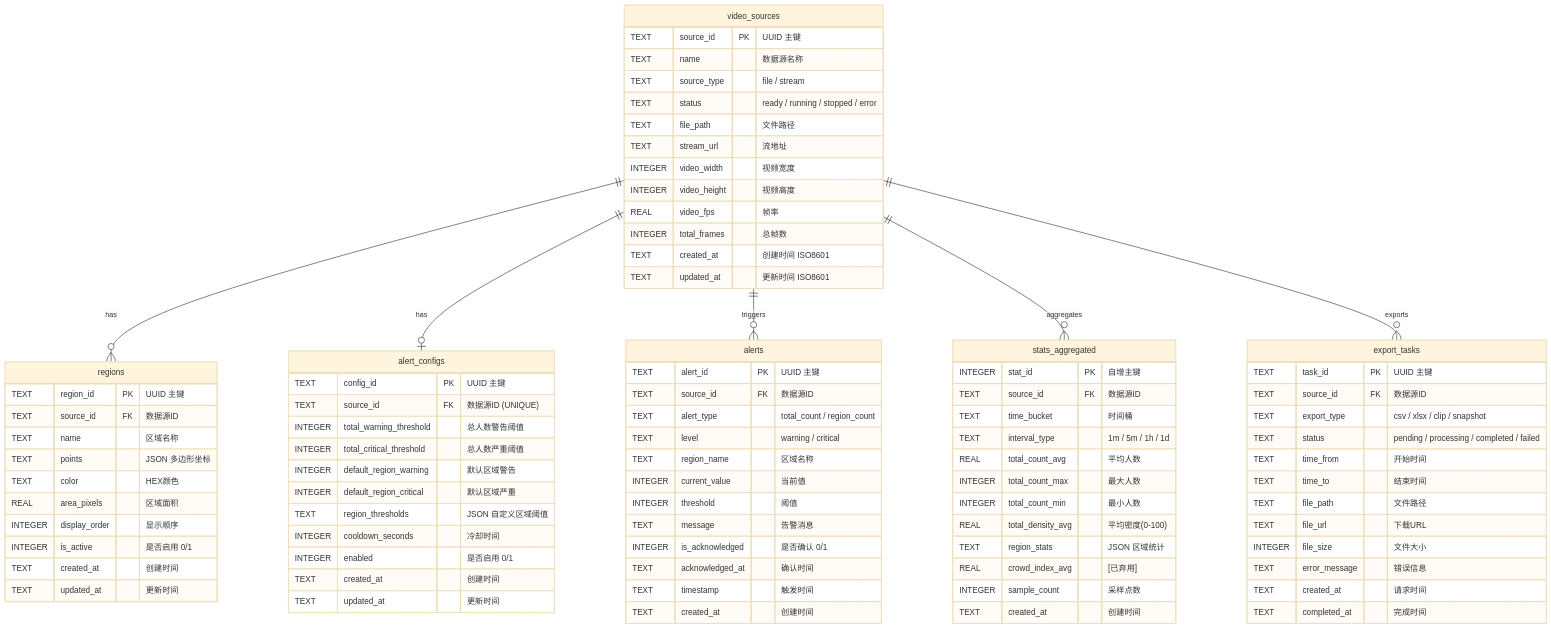
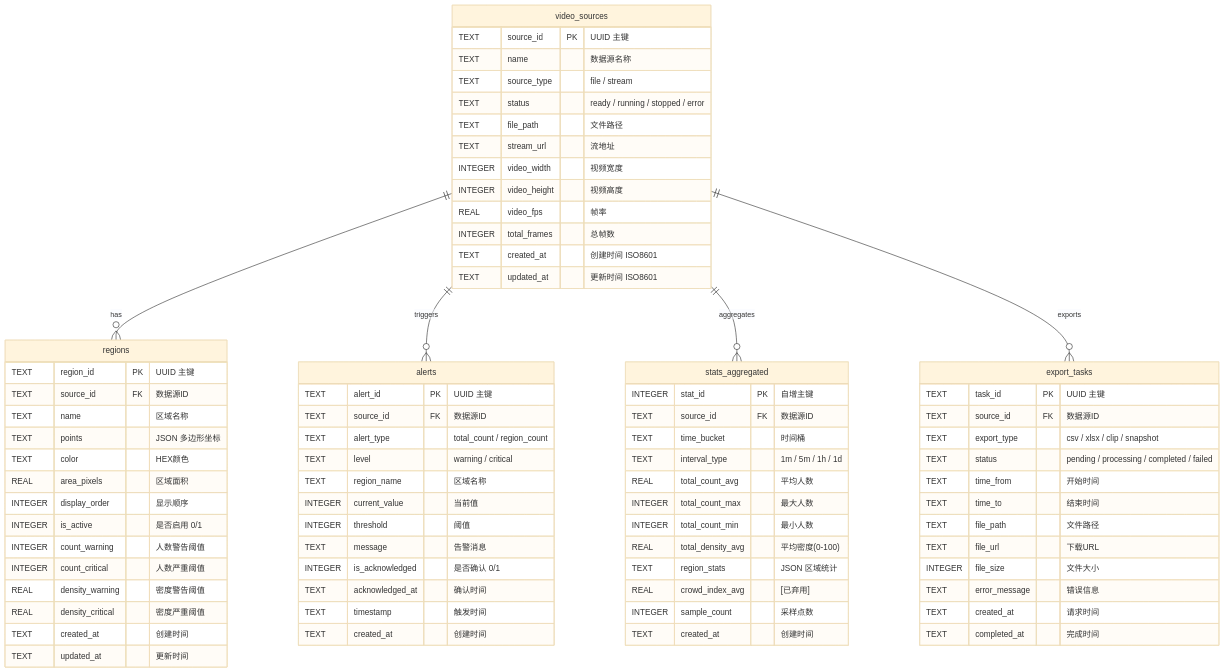
Before and after one commit to jiyue333/CQU_BYSJ: the diagram in Design.md, drawn with Mermaid (base theme). The commit also changed other lines of this file and 16 other files, not shown here.

````diff
--- a/Design.md
+++ b/Design.md
@@ -399,7 +396,6 @@
 ```mermaid
 erDiagram
     video_sources ||--o{ regions : "has"
-    video_sources ||--o| alert_configs : "has"
     video_sources ||--o{ alerts : "triggers"
     video_sources ||--o{ stats_aggregated : "aggregates"
     video_sources ||--o{ export_tasks : "exports"
@@ -428,20 +424,10 @@
         REAL area_pixels "区域面积"
         INTEGER display_order "显示顺序"
         INTEGER is_active "是否启用 0/1"
-        TEXT created_at "创建时间"
-        TEXT updated_at "更新时间"
-    }
-
-    alert_configs {
-        TEXT config_id PK "UUID 主键"
-        TEXT source_id FK "数据源ID (UNIQUE)"
-        INTEGER total_warning_threshold "总人数警告阈值"
-        INTEGER total_critical_threshold "总人数严重阈值"
-        INTEGER default_region_warning "默认区域警告"
-        INTEGER default_region_critical "默认区域严重"
-        TEXT region_thresholds "JSON 自定义区域阈值"
-        INTEGER cooldown_seconds "冷却时间"
-        INTEGER enabled "是否启用 0/1"
+        INTEGER count_warning "人数警告阈值"
+        INTEGER count_critical "人数严重阈值"
+        REAL density_warning "密度警告阈值"
+        REAL density_critical "密度严重阈值"
         TEXT created_at "创建时间"
         TEXT updated_at "更新时间"
     }
````
